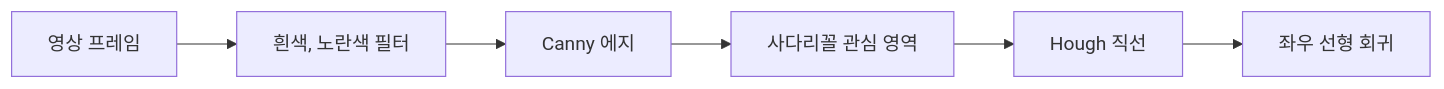
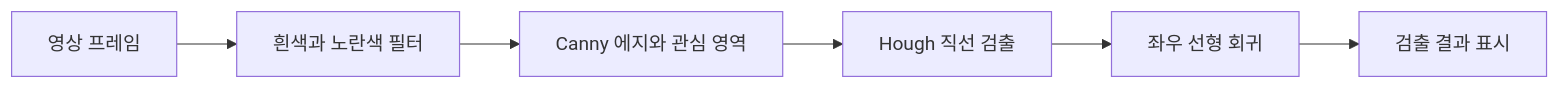
Before and after one commit to leeahwi/graduation-vision: the diagram in README.md, drawn with Mermaid. The commit also changed other lines of this file, not shown here.

````diff
--- a/README.md
+++ b/README.md
@@ -19,8 +19,8 @@
 ```mermaid
 flowchart LR
-    frame[영상 프레임] --> color[흰색, 노란색 필터]
-    color --> edge[Canny 에지]
-    edge --> roi[사다리꼴 관심 영역]
-    roi --> hough[Hough 직선]
-    hough --> fit[좌우 선형 회귀]
+    A[영상 프레임] --> B[흰색과 노란색 필터]
+    B --> C[Canny 에지와 관심 영역]
+    C --> D[Hough 직선 검출]
+    D --> E[좌우 선형 회귀]
+    E --> F[검출 결과 표시]
 ```
````
